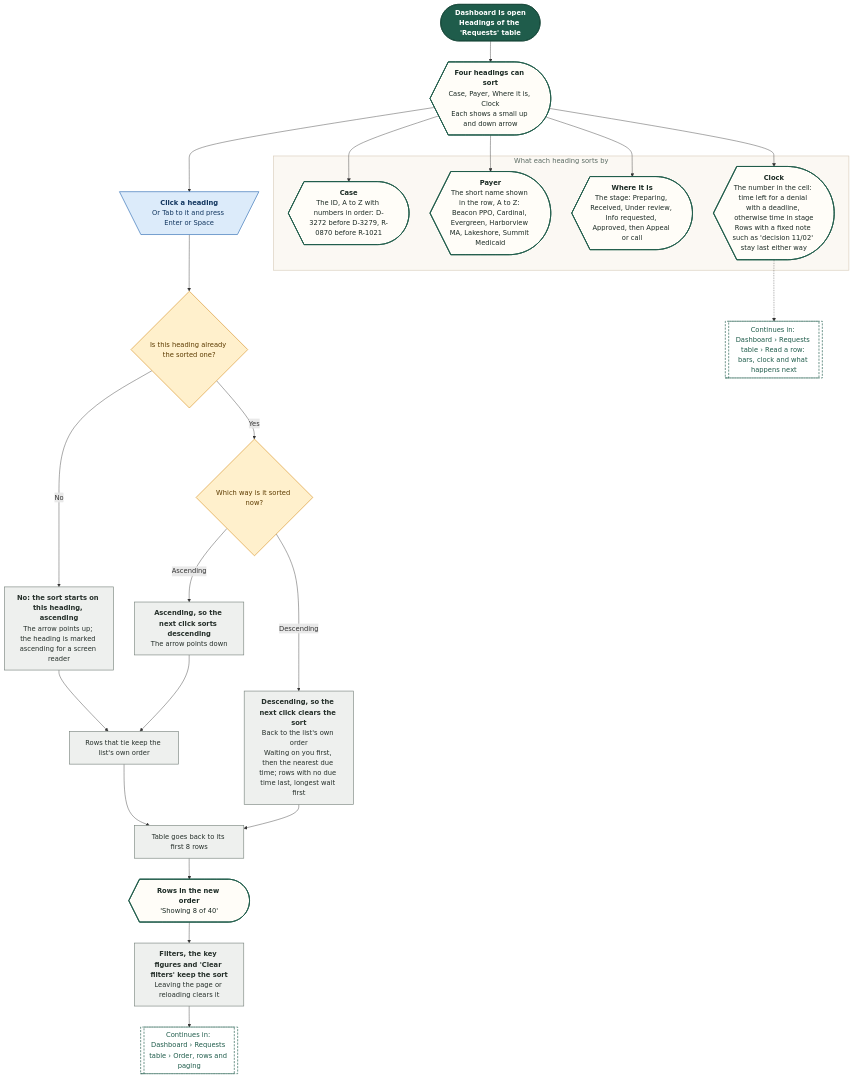
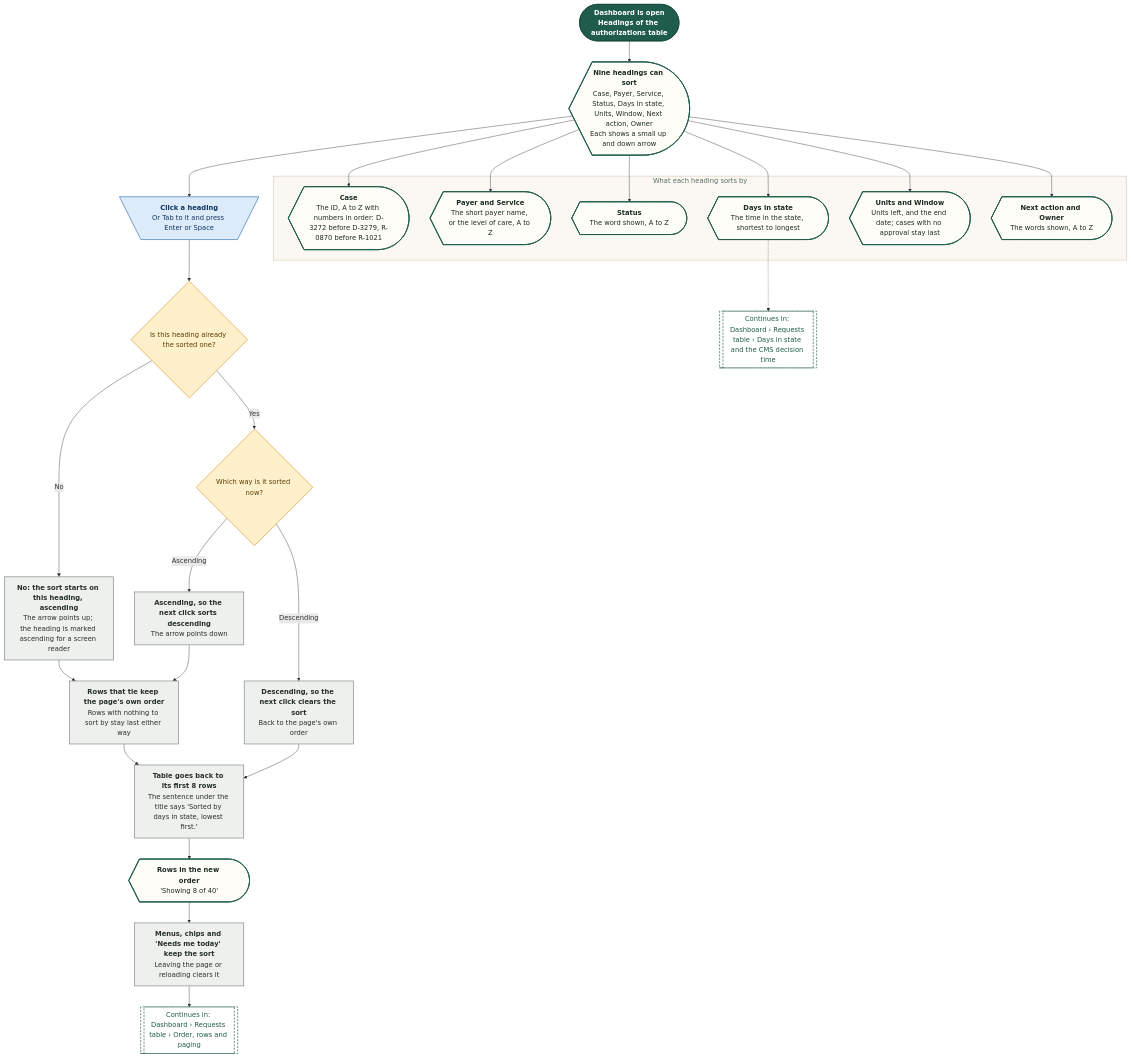
One commit to Shrav143/psyfloapp changed diagram 12 of 21 in demos/prior-auth-demo/workflows/out/md/02-dashboard.md. Above: the diagram before and after it, drawn with Mermaid. The commit also changed other lines of this file and 251 other files, not shown here.

First line of the commit message:
docs: rebuild the workflow diagrams (291) for round 4

````diff
--- a/demos/prior-auth-demo/workflows/out/md/02-dashboard.md
+++ b/demos/prior-auth-demo/workflows/out/md/02-dashboard.md
@@ -739,56 +818,58 @@
 ```mermaid
 %%{init: {"theme":"base","themeVariables":{"fontFamily":"'DM Sans', 'Segoe UI', system-ui, sans-serif","fontSize":"15px","lineColor":"#5B6B63","primaryTextColor":"#1C2B25","clusterBkg":"#FBF8F3","clusterBorder":"#D9CDBB","edgeLabelBackground":"#FFFFFF"},"flowchart":{"curve":"basis","nodeSpacing":36,"rankSpacing":48,"padding":12,"htmlLabels":true,"useMaxWidth":false,"wrappingWidth":230}} }%%
 flowchart TD
   classDef k_start fill:#1F5C4B,stroke:#174638,color:#FFFFFF,stroke-width:1.5px,font-weight:600
   classDef k_end fill:#DDEFE3,stroke:#2E7D4F,color:#14502F,stroke-width:1.5px,font-weight:600
   classDef k_endx fill:#FBE3E0,stroke:#C0392B,color:#7A1F16,stroke-width:1.5px,font-weight:600
   classDef k_screen fill:#FFFDF8,stroke:#1F5C4B,color:#1C2B25,stroke-width:2px
   classDef k_overlay fill:#F1F7F3,stroke:#1F5C4B,color:#1C2B25,stroke-width:2px,stroke-dasharray:5 3
   classDef k_click fill:#DCEBFA,stroke:#2F6DB5,color:#12365F,stroke-width:1.5px
   classDef k_input fill:#E4E7FF,stroke:#4C5FD5,color:#1D2670,stroke-width:1.5px
   classDef k_process fill:#EEF0EE,stroke:#7A857F,color:#26302B,stroke-width:1.5px
   classDef k_agent fill:#EEE5FA,stroke:#7A4FC2,color:#341A63,stroke-width:1.5px
   classDef k_decision fill:#FFF0CC,stroke:#D9962B,color:#5C3B00,stroke-width:1.5px
   classDef k_store fill:#D5F0EA,stroke:#1C8E7B,color:#0B4A3F,stroke-width:1.5px
   classDef k_doc fill:#F6E9DC,stroke:#B07A4C,color:#4A2E14,stroke-width:1.5px
   classDef k_ext fill:#FFE6D2,stroke:#E07B39,color:#6B2F06,stroke-width:1.5px
   classDef k_wait fill:#E4E8EE,stroke:#6B7C93,color:#26303D,stroke-width:1.5px
   classDef k_toast fill:#FFF9DB,stroke:#C9A400,color:#5A4A00,stroke-width:1.5px
   classDef k_goto fill:#FFFFFF,stroke:#1F5C4B,color:#1F5C4B,stroke-width:1.5px,stroke-dasharray:5 3
-  s1@{ shape: stadium, label: "<b>Dashboard is open</b><br/>Headings of the 'Requests' table" }
-  h1@{ shape: curv-trap, label: "<b>Four headings can sort</b><br/>Case, Payer, Where it is, Clock<br/>Each shows a small up and down arrow" }
+  s1@{ shape: stadium, label: "<b>Dashboard is open</b><br/>Headings of the authorizations table" }
+  h1@{ shape: curv-trap, label: "<b>Nine headings can sort</b><br/>Case, Payer, Service, Status, Days in state, Units, Window, Next action, Owner<br/>Each shows a small up and down arrow" }
   c1@{ shape: trap-t, label: "<b>Click a heading</b><br/>Or Tab to it and press Enter or Space" }
   d1@{ shape: diam, label: "Is this heading already the sorted one?" }
   p1@{ shape: rect, label: "<b>No: the sort starts on this heading, ascending</b><br/>The arrow points up; the heading is marked ascending for a screen reader" }
   d2@{ shape: diam, label: "Which way is it sorted now?" }
   p2@{ shape: rect, label: "<b>Ascending, so the next click sorts descending</b><br/>The arrow points down" }
-  p3@{ shape: rect, label: "<b>Descending, so the next click clears the sort</b><br/>Back to the list's own order<br/>Waiting on you first, then the nearest due time; rows with no due time last, longest wait first" }
-  p4@{ shape: rect, label: "Rows that tie keep the list's own order" }
-  p5@{ shape: rect, label: "Table goes back to its first 8 rows" }
+  p3@{ shape: rect, label: "<b>Descending, so the next click clears the sort</b><br/>Back to the page's own order" }
+  p4@{ shape: rect, label: "<b>Rows that tie keep the page's own order</b><br/>Rows with nothing to sort by stay last either way" }
+  p5@{ shape: rect, label: "<b>Table goes back to its first 8 rows</b><br/>The sentence under the title says 'Sorted by days in state, lowest first.'" }
   sc@{ shape: curv-trap, label: "<b>Rows in the new order</b><br/>'Showing 8 of 40'" }
   subgraph gKeys ["What each heading sorts by"]
   k1@{ shape: curv-trap, label: "<b>Case</b><br/>The ID, A to Z with numbers in order: D-3272 before D-3279, R-0870 before R-1021" }
-  k2@{ shape: curv-trap, label: "<b>Payer</b><br/>The short name shown in the row, A to Z: Beacon PPO, Cardinal, Evergreen, Harborview MA, Lakeshore, Summit Medicaid" }
-  k3@{ shape: curv-trap, label: "<b>Where it is</b><br/>The stage: Preparing, Received, Under review, Info requested, Approved, then Appeal or call" }
-  k4@{ shape: curv-trap, label: "<b>Clock</b><br/>The number in the cell: time left for a denial with a deadline, otherwise time in stage<br/>Rows with a fixed note such as 'decision 11/02' stay last either way" }
+  k2@{ shape: curv-trap, label: "<b>Payer and Service</b><br/>The short payer name, or the level of care, A to Z" }
+  k3@{ shape: curv-trap, label: "<b>Status</b><br/>The word shown, A to Z" }
+  k4@{ shape: curv-trap, label: "<b>Days in state</b><br/>The time in the state, shortest to longest" }
+  k5@{ shape: curv-trap, label: "<b>Units and Window</b><br/>Units left, and the end date; cases with no approval stay last" }
+  k6@{ shape: curv-trap, label: "<b>Next action and Owner</b><br/>The words shown, A to Z" }
   end
-  p6@{ shape: rect, label: "<b>Filters, the key figures and 'Clear filters' keep the sort</b><br/>Leaving the page or reloading clears it" }
+  p6@{ shape: rect, label: "<b>Menus, chips and 'Needs me today' keep the sort</b><br/>Leaving the page or reloading clears it" }
   g1@{ shape: subproc, label: "Continues in: Dashboard › Requests table › Order, rows and paging" }
-  g2@{ shape: subproc, label: "Continues in: Dashboard › Requests table › Read a row: bars, clock and what happens next" }
+  g2@{ shape: subproc, label: "Continues in: Dashboard › Requests table › Days in state and the CMS decision time" }
   s1 --> h1 --> c1 --> d1
   d1 -->|"No"| p1 --> p4
   d1 -->|"Yes"| d2
   d2 -->|"Ascending"| p2 --> p4
   d2 -->|"Descending"| p3 --> p5
   p4 --> p5 --> sc
   sc --> p6 --> g1
-  h1 --> k1 & k2 & k3 & k4
+  h1 --> k1 & k2 & k3 & k4 & k5 & k6
   k4 -.-> g2
   class s1 k_start
-  class h1,sc,k1,k2,k3,k4 k_screen
+  class h1,sc,k1,k2,k3,k4,k5,k6 k_screen
   class c1 k_click
   class d1,d2 k_decision
   class p1,p2,p3,p4,p5,p6 k_process
   class g1,g2 k_goto
   style gKeys fill:#FBF8F3,stroke:#D9CDBB,stroke-width:1.5px,color:#5B6B63
 ```
````
